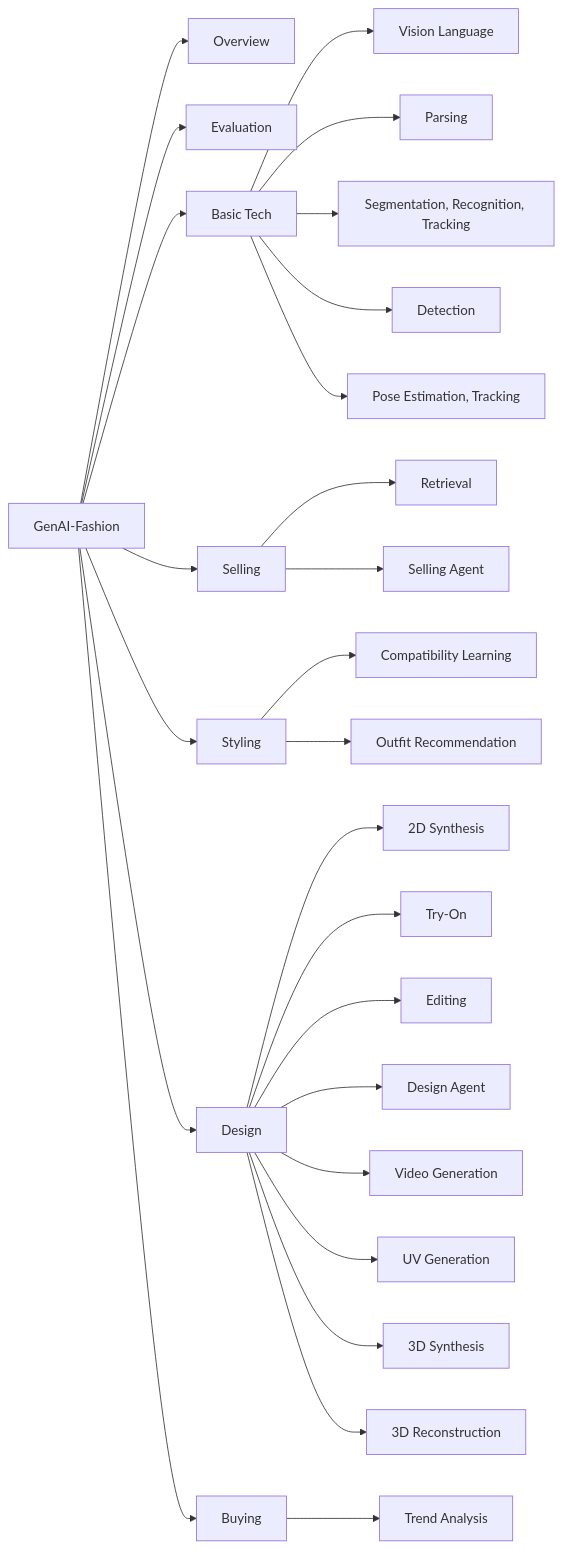
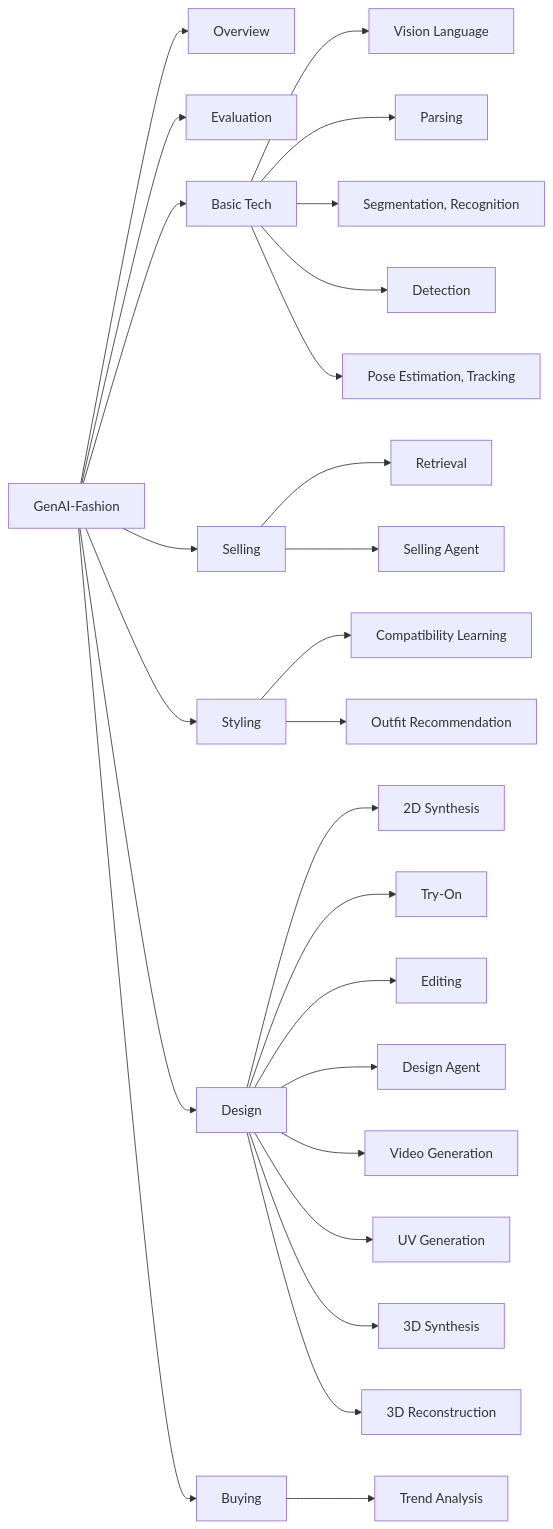
One commit to wendashi/Cool-GenAI-Fashion-Papers changed the diagram in README.md. Above: the diagram before and after it, drawn with Mermaid.

````diff
--- a/README.md
+++ b/README.md
@@ -40,35 +40,35 @@
 ```mermaid
 graph LR
   GenAIFashion[GenAI-Fashion]
   GenAIFashion --> Overview[Overview]
   GenAIFashion --> Evaluation[Evaluation]
   GenAIFashion --> BasicTech[Basic Tech]
   GenAIFashion --> Selling[Selling]
   GenAIFashion --> Styling[Styling]
   GenAIFashion --> Design[Design]
   GenAIFashion --> Buying[Buying]
 
   BasicTech --> VisionLanguage[Vision Language]
   BasicTech --> Parsing[Parsing]
-  BasicTech --> SegmentationRecognitionTracking[Segmentation, Recognition, Tracking]
+  BasicTech --> SegmentationRecognition[Segmentation, Recognition]
   BasicTech --> Detection[Detection]
   BasicTech --> PoseEstimationTracking[Pose Estimation, Tracking] 
 
   Selling --> Retrieval[Retrieval]
   Selling --> SellingAgent[Selling Agent]
 
   Styling --> CompatibilityLearning[Compatibility Learning]
   Styling --> OutfitRecommendation[Outfit Recommendation]
 
   Design --> 2DSynthesis[2D Synthesis]
   Design --> TryOn[Try-On]
   Design --> Editing[Editing]
   Design --> DesignAgent[Design Agent]
   Design --> VideoGeneration[Video Generation]
   Design --> UVGeneration[UV Generation]
   Design --> 3DSynthesis[3D Synthesis]
   Design --> 3DReconstruction[3D Reconstruction]
   
   Buying --> TrendAnalysis[Trend Analysis]
   
 ```
````
